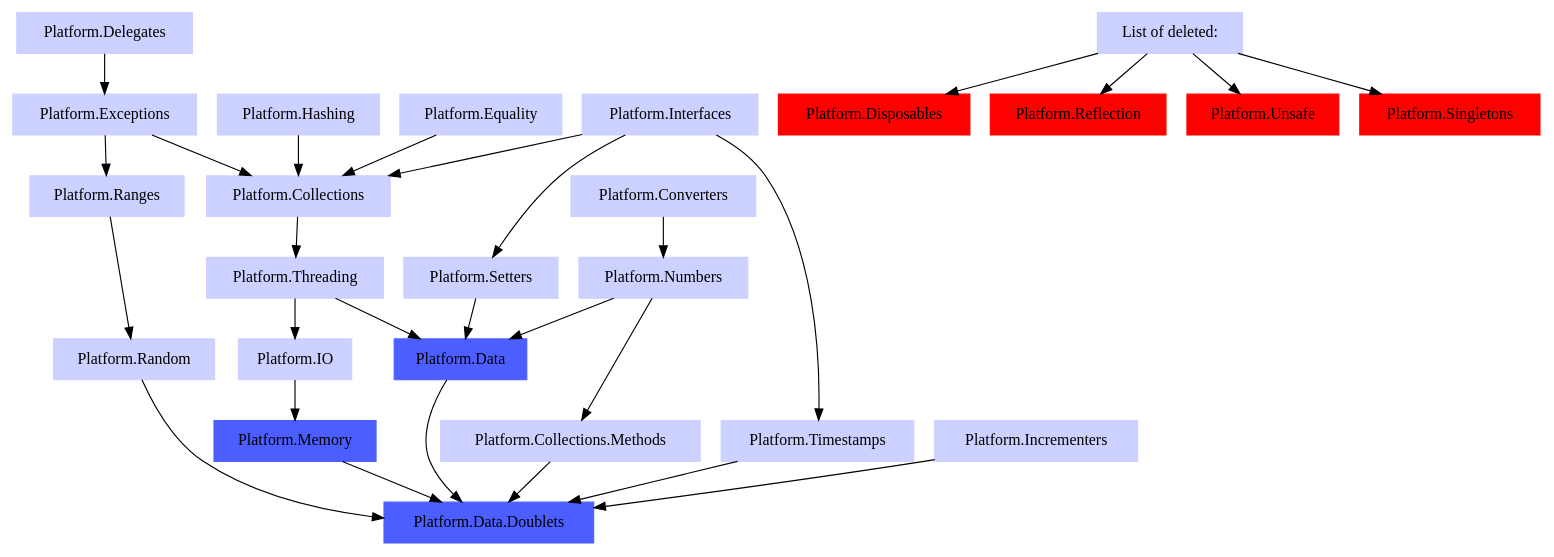
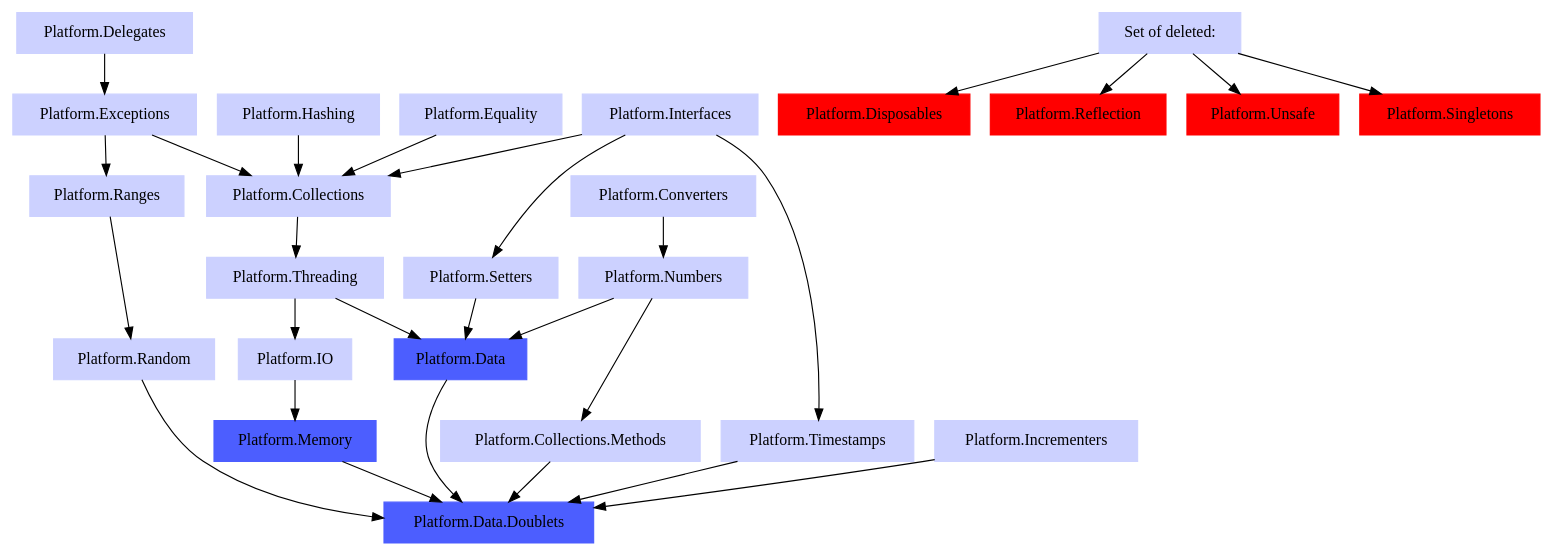
One commit to linksplatform/Documentation changed the diagram in doc/Dependencies/Platform.Data.Doublets.cpp.dot. Above: the diagram before and after it, drawn with Graphviz.

```diff
--- a/doc/Dependencies/Platform.Data.Doublets.cpp.dot
+++ b/doc/Dependencies/Platform.Data.Doublets.cpp.dot
@@ -1,69 +1,69 @@
 digraph PlatformDataDoubletsDependencies {
   node [style=filled, color="0.650 0.200 1.000", shape="rectangle"]
 
 
   "Platform.Delegates" -> "Platform.Exceptions" 
   "Platform.Interfaces" -> "Platform.Collections"
 
   "Platform.Exceptions" -> "Platform.Ranges"
   "Platform.Exceptions" -> "Platform.Collections"
 
   "Platform.Threading" -> "Platform.IO"
 
   "Platform.Collections" -> "Platform.Threading"
 
   "Platform.Converters" -> "Platform.Numbers"
 
   "Platform.Numbers" -> "Platform.Collections.Methods"
 
   "Platform.Ranges" -> "Platform.Random"
 
   "Platform.Interfaces" -> "Platform.Timestamps"
 
   "Platform.Interfaces" -> "Platform.Setters"
 
   "Platform.IO" -> "Platform.Memory"
 
   "Platform.Threading" -> "Platform.Data"
   "Platform.Numbers" -> "Platform.Data"
   "Platform.Setters" -> "Platform.Data"
 
   "Platform.Random" -> "Platform.Data.Doublets"
   "Platform.Timestamps" -> "Platform.Data.Doublets"
   "Platform.Collections.Methods" -> "Platform.Data.Doublets"
   "Platform.Memory" -> "Platform.Data.Doublets"
   "Platform.Data" -> "Platform.Data.Doublets"
   "Platform.Incrementers" -> "Platform.Data.Doublets"
 
-  "List of deleted: " -> "Platform.Disposables"
-  "List of deleted: " -> "Platform.Reflection"
-  "List of deleted: " -> "Platform.Unsafe"
-  "List of deleted: " -> "Platform.Singletons"
+  "Set of deleted: " -> "Platform.Disposables"
+  "Set of deleted: " -> "Platform.Reflection"
+  "Set of deleted: " -> "Platform.Unsafe"
+  "Set of deleted: " -> "Platform.Singletons"
 
   "Platform.Hashing" -> "Platform.Collections"
   "Platform.Equality" -> "Platform.Collections"
 
   "Platform.Hashing" [href="https://github.com/linksplatform/Hashing"]
   "Platform.Equality" [href="https://github.com/linksplatform/Equality"]
   "Platform.Delegates" [href="https://github.com/linksplatform/Delegates"]
   "Platform.Exceptions" [href="https://github.com/linksplatform/Exceptions"]
   "Platform.Disposables" [color="1.000 1.000 1.000", href="https://github.com/linksplatform/Disposables"]
   "Platform.Unsafe" [color="1.000 1.000 1.000", href="https://github.com/linksplatform/Unsafe"]
   "Platform.Collections" [href="https://github.com/linksplatform/Collections"]
   "Platform.Converters" [href="https://github.com/linksplatform/Converters"]
   "Platform.Ranges" [href="https://github.com/linksplatform/Ranges"]
   "Platform.Interfaces" [href="https://github.com/linksplatform/Interfaces"]
   "Platform.Incrementers" [href="https://github.com/linksplatform/Incrementers"]
   "Platform.Reflection" [color="1.000 1.000 1.000", href="https://github.com/linksplatform/Reflection"]
   "Platform.IO" [href="https://github.com/linksplatform/IO"]
   "Platform.Threading" [href="https://github.com/linksplatform/Threading"]
   "Platform.Numbers" [href="https://github.com/linksplatform/Numbers"]
   "Platform.Setters" [href="https://github.com/linksplatform/Setters"]
   "Platform.Random" [href="https://github.com/linksplatform/Random"]
   "Platform.Timestamps" [href="https://github.com/linksplatform/Timestamps"]
   "Platform.Collections.Methods" [href="https://github.com/linksplatform/Collections.Methods"]
   "Platform.Singletons" [color="1.000 1.000 1.000", href="https://github.com/linksplatform/Singletons"]
   "Platform.Memory" [color="0.650 0.700 1.000", href="https://github.com/linksplatform/Memory"]
   "Platform.Data" [color="0.650 0.700 1.000", href="https://github.com/linksplatform/Data"]
   "Platform.Data.Doublets" [color="0.650 0.700 1.000", style=filled, href="https://github.com/linksplatform/Data.Doublets"]
 }
```
